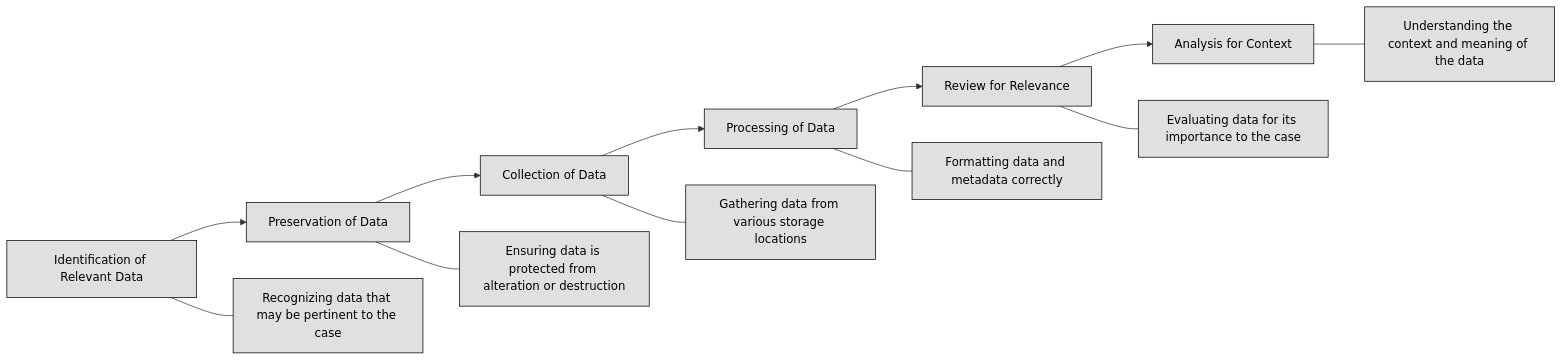
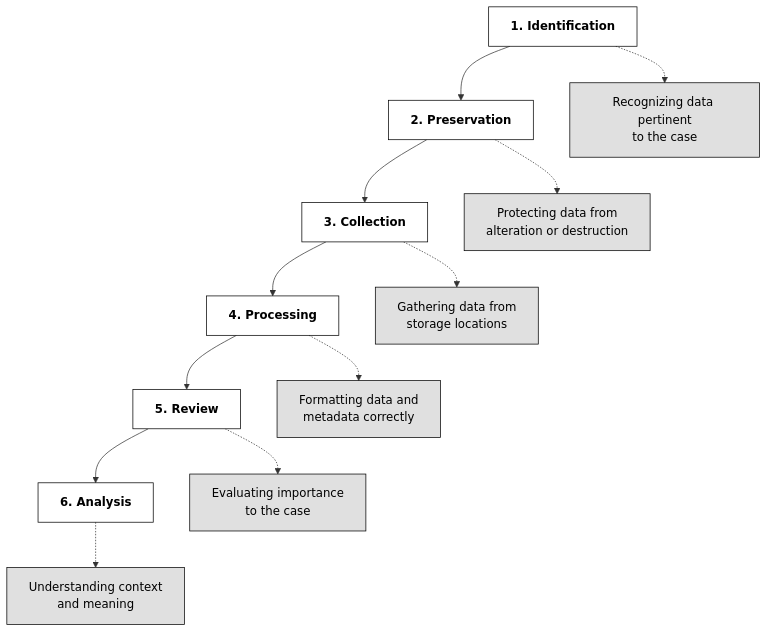
One commit to lorenzoleonelli/CISSP-Zero-to-Hero changed the fourth of 4 diagrams in DOMAIN2: Asset Security/2.04 Manage Data Lifecycle.md. Above: the diagram before and after it, drawn with Mermaid. The commit also changed other lines of this file, not shown here.

Commit message:
Update 2.04 Manage Data Lifecycle.md

````diff
--- a/DOMAIN2: Asset Security/2.04 Manage Data Lifecycle.md
+++ b/DOMAIN2: Asset Security/2.04 Manage Data Lifecycle.md
@@ -456,25 +468,22 @@
 ```mermaid
-flowchart LR
-  A[Identification of Relevant Data] --> B[Preservation of Data]
-  B --> C[Collection of Data]
-  C --> D[Processing of Data]
-  D --> E[Review for Relevance]
-  E --> F[Analysis for Context]
+flowchart TD
+    A[1. Identification] --> B[2. Preservation]
+    B --> C[3. Collection]
+    C --> D[4. Processing]
+    D --> E[5. Review]
+    E --> F[6. Analysis]
 
-  A:::phase
-  B:::phase
-  C:::phase
-  D:::phase
-  E:::phase
-  F:::phase
-  
-  A --- A1[Recognizing data that may be pertinent to the case]
-  B --- B1[Ensuring data is protected from alteration or destruction]
-  C --- C1[Gathering data from various storage locations]
-  D --- D1[Formatting data and metadata correctly]
-  E --- E1[Evaluating data for its importance to the case]
-  F --- F1[Understanding the context and meaning of the data]
+    %% Descriptions using dotted lines for cleaner visual hierarchy
+    A -.-> A1["Recognizing data pertinent<br/>to the case"]
+    B -.-> B1["Protecting data from<br/>alteration or destruction"]
+    C -.-> C1["Gathering data from<br/>storage locations"]
+    D -.-> D1["Formatting data and<br/>metadata correctly"]
+    E -.-> E1["Evaluating importance<br/>to the case"]
+    F -.-> F1["Understanding context<br/>and meaning"]
 
     classDef center fill:#ffffff,color:#000000,stroke:#000000,stroke-width:1px,font-weight:bold
     classDef node fill:#e0e0e0,color:#000000,stroke:#000000,stroke-width:1px
+
+    class A,B,C,D,E,F center
+    class A1,B1,C1,D1,E1,F1 node
 ```
````
